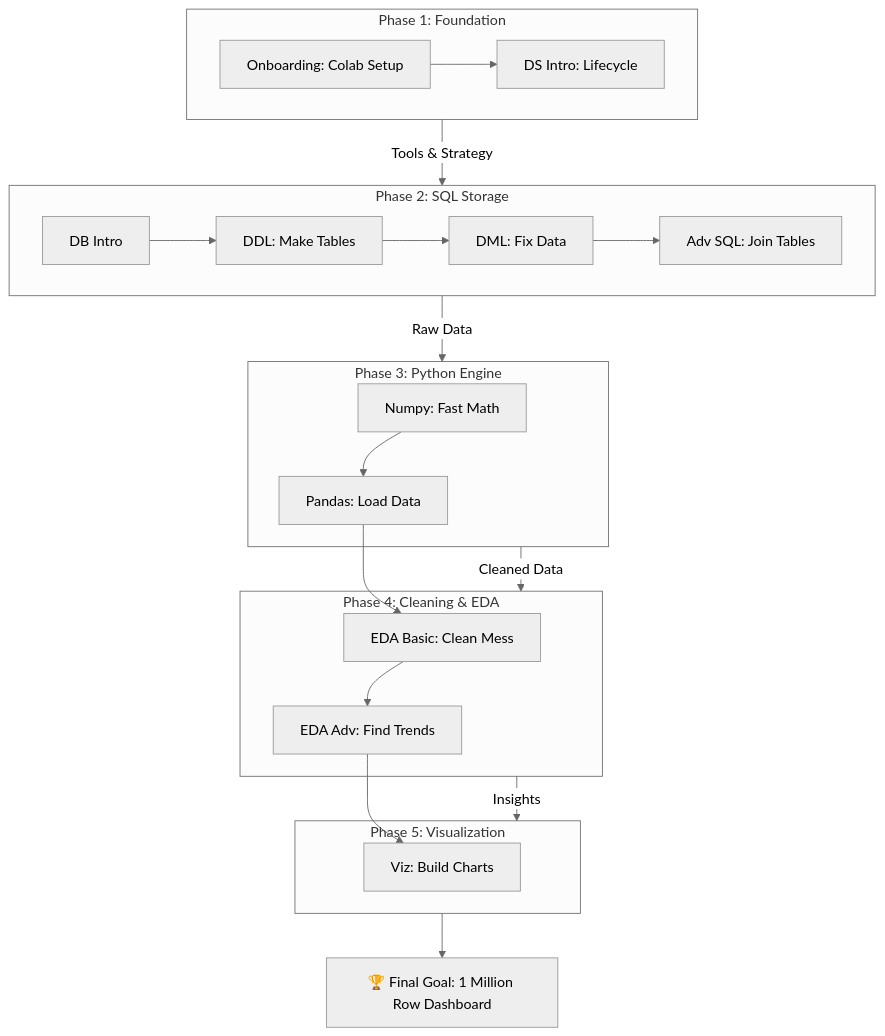
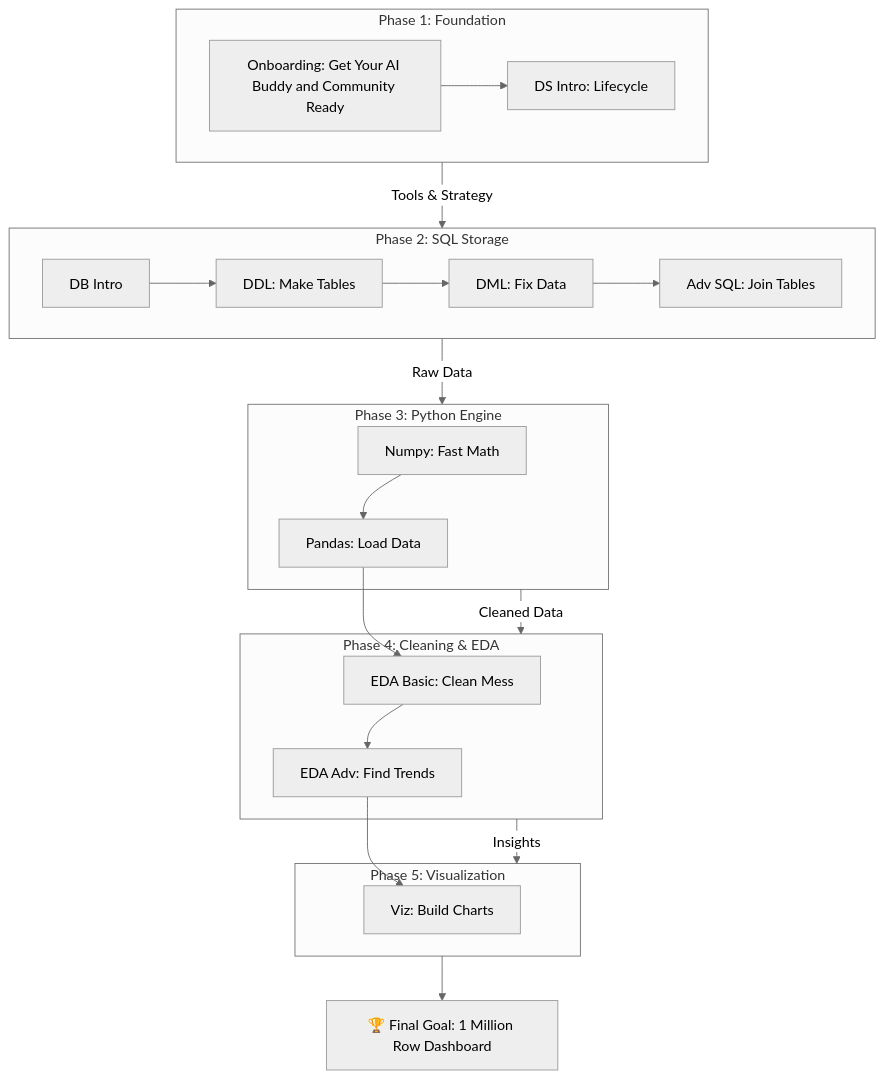
One commit to tsantoso79/6m-data-1.0-Welcome-Onboarding changed the diagram in Course_roadmap.md. Above: the diagram before and after it, drawn with Mermaid (neutral theme). The commit also changed other lines of this file, not shown here.

Commit message:
Update onboarding class details and tools

````diff
--- a/Course_roadmap.md
+++ b/Course_roadmap.md
@@ -61,35 +61,35 @@
 ```mermaid
 
 graph TD
     Goal[🏆 Final Goal: 1 Million Row Dashboard]
 
     subgraph Foundation [Phase 1: Foundation]
-    C1[Onboarding: Colab Setup] --> C2[DS Intro: Lifecycle]
+    C1[Onboarding: Get Your AI Buddy and Community Ready] --> C2[DS Intro: Lifecycle]
     end
     
     subgraph Storage [Phase 2: SQL Storage]
     C3[DB Intro] --> C4[DDL: Make Tables]
     C4 --> C5[DML: Fix Data]
     C5 --> C7[Adv SQL: Join Tables]
     end
     
     subgraph Processing [Phase 3: Python Engine]
     C8[Numpy: Fast Math] --> C10[Pandas: Load Data]
     end
     
     subgraph Analysis [Phase 4: Cleaning & EDA]
     C10 --> C11[EDA Basic: Clean Mess]
     C11 --> C13[EDA Adv: Find Trends]
     end
     
     subgraph Presentation [Phase 5: Visualization]
     C13 --> C14[Viz: Build Charts]
     end
 
     Foundation --> |Tools & Strategy| Storage
     Storage --> |Raw Data| Processing
     Processing --> |Cleaned Data| Analysis
     Analysis --> |Insights| Presentation
     Presentation --> Goal
 
 ```
````
